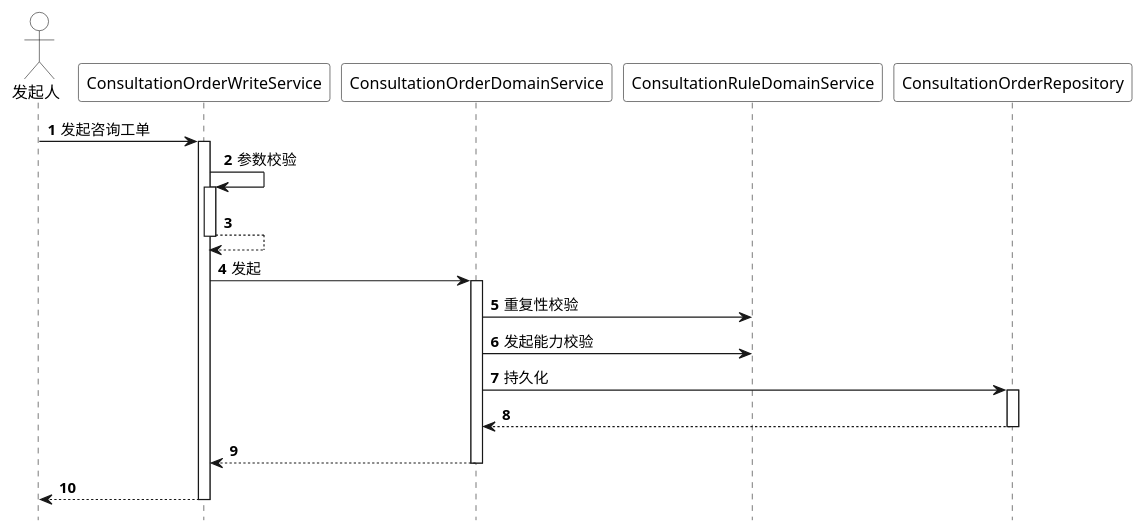
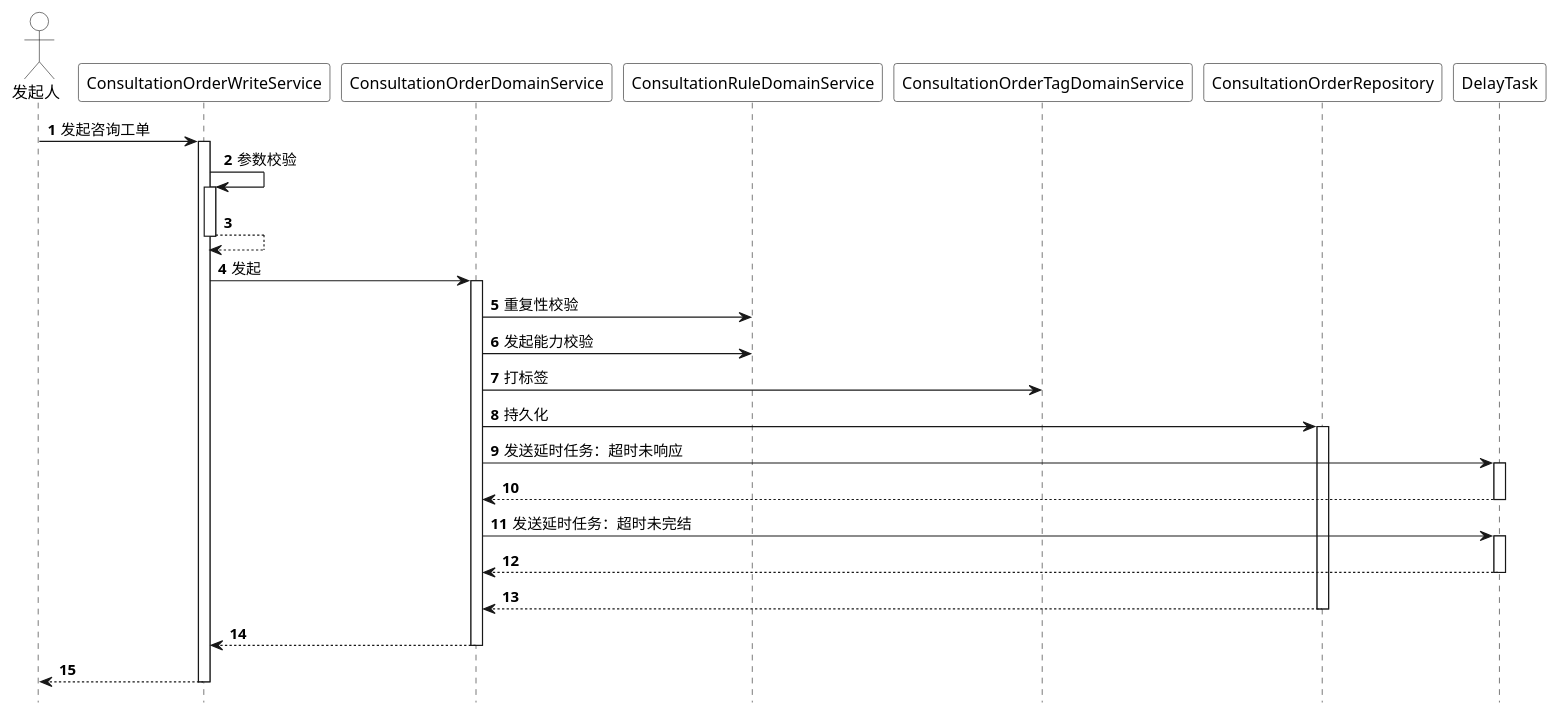
One commit to xauvlove/uml changed the diagram in src/main/resource/品牌创新业务技术/服务供应链/家享/咨询工单/发起工单.puml. Above: the diagram before and after it, drawn with PlantUML. The commit also changed 12 other files, not shown here.

```diff
--- a/src/main/resource/品牌创新业务技术/服务供应链/家享/咨询工单/发起工单.puml
+++ b/src/main/resource/品牌创新业务技术/服务供应链/家享/咨询工单/发起工单.puml
@@ -1,63 +1,75 @@
 @startuml
 'https://plantuml.com/sequence-diagram
 
 '隐藏脚注
 hide footbox
 
 '使用 toy 主题
 
 
 '编号
 autonumber 1
 
 '隐藏孤立的参与者
 hide unlinked
 
 '文字对齐，向左对齐
 skinparam sequenceMessageAlign left
 
 '箭头粗度
 skinparam sequenceArrowThickness 1
 
 ' 皮肤
 skinparam sequence {
     ParticipantBackgroundColor #white
        ParticipantFontColor black
        ActorBackgroundColor white
        ActorFontColor black
 }
 
 actor 发起人 as admin
 participant ConsultationOrderWriteService as ConsultationOrderWriteService
 participant ConsultationOrderDomainService as ConsultationOrderDomainService
 participant ConsultationRuleDomainService as ConsultationRuleDomainService
+participant ConsultationOrderTagDomainService as ConsultationOrderTagDomainService
 participant ConsultationOrderRepository as ConsultationOrderRepository
+participant DelayTask as DelayTask
 
 
 admin -> ConsultationOrderWriteService : 发起咨询工单
 activate ConsultationOrderWriteService
 
 ConsultationOrderWriteService -> ConsultationOrderWriteService : 参数校验
 activate ConsultationOrderWriteService
 return
 
 ConsultationOrderWriteService -> ConsultationOrderDomainService : 发起
 activate ConsultationOrderDomainService
 
 ConsultationOrderDomainService -> ConsultationRuleDomainService : 重复性校验
 
 ConsultationOrderDomainService -> ConsultationRuleDomainService : 发起能力校验
 
+ConsultationOrderDomainService -> ConsultationOrderTagDomainService : 打标签
+
 ConsultationOrderDomainService -> ConsultationOrderRepository : 持久化
 activate ConsultationOrderRepository
 
+ConsultationOrderDomainService -> DelayTask : 发送延时任务：超时未响应
+activate DelayTask
+return
+
+ConsultationOrderDomainService -> DelayTask : 发送延时任务：超时未完结
+activate DelayTask
+
+return
 return
 return
 return
 
 
 
 
 
 
 @enduml
```
